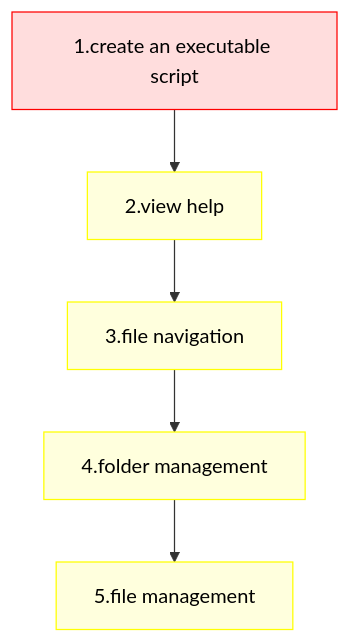
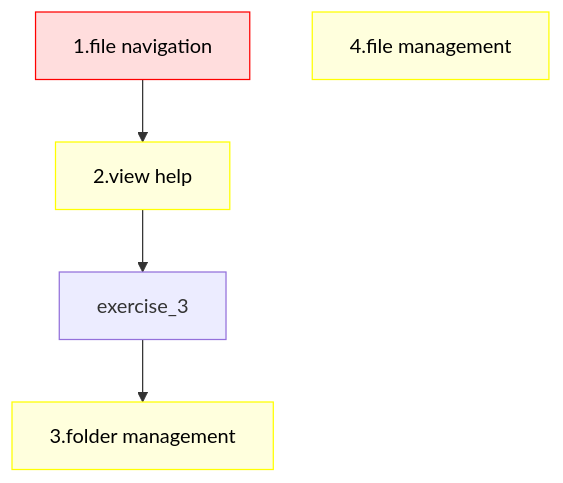
Before and after one commit to UPPMAX/bianca_workshop: the diagram in docs/commandline.md, drawn with Mermaid. The commit also changed other lines of this file and 3 other files, not shown here.

````diff
--- a/docs/commandline.md
+++ b/docs/commandline.md
@@ -203,14 +150,13 @@
 ```mermaid
 flowchart TD
 
   classDef minimal_node fill:#fdd,color:#000,stroke:#f00
   classDef extra_node fill:#ffd,color:#000,stroke:#ff0
 
-  exercise_1[1.create an executable script]:::minimal_node
+  exercise_1[1.file navigation]:::minimal_node
   exercise_2[2.view help]:::extra_node
-  exercise_3[3.file navigation]:::extra_node
-  exercise_4[4.folder management]:::extra_node
-  exercise_5[5.file management]:::extra_node
+  exercise_4[3.folder management]:::extra_node
+  exercise_5[4.file management]:::extra_node
 
-  exercise_1 --> exercise_2 --> exercise_3 --> exercise_4 --> exercise_5
+  exercise_1 --> exercise_2 --> exercise_3 --> exercise_4
 ```
````
